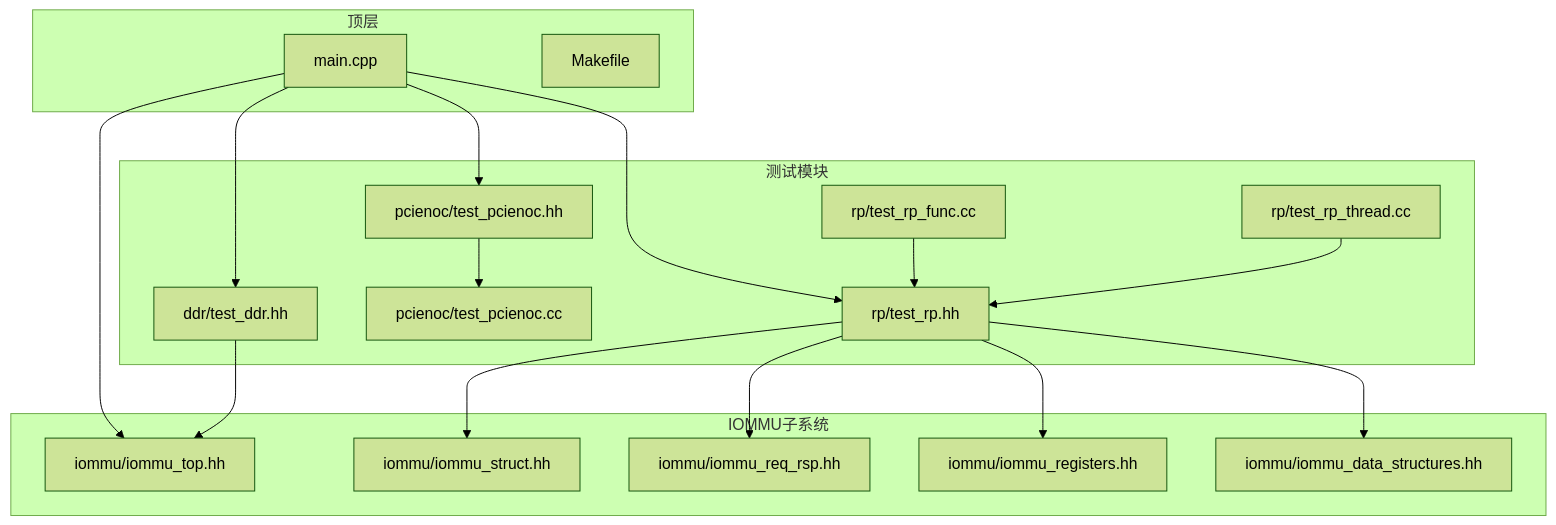
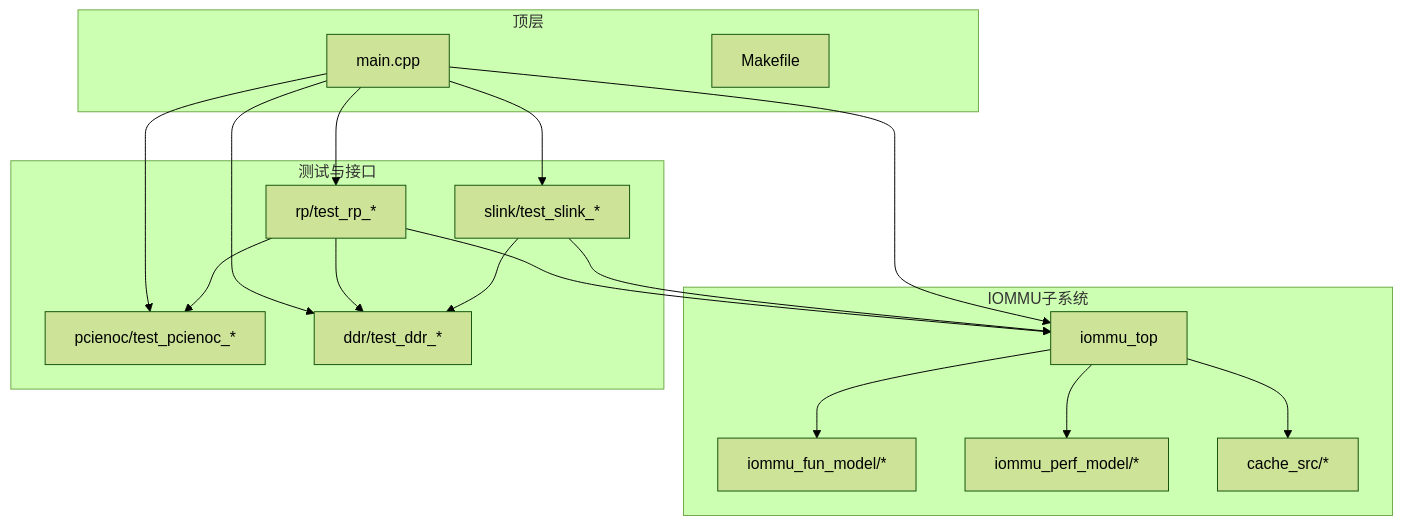
Before and after one commit to jiangjiang1122/iommu_model_20260401_v1: the first of 6 diagrams in .qoder/repowiki/zh/content/测试框架/测试框架.md, drawn with Mermaid (forest theme). The commit also changed other lines of this file and 92 other files, not shown here.

Commit message:
feat: steady-state IOPS measurement + 2000req test validation (125M trans/s peak)

````diff
--- a/.qoder/repowiki/zh/content/测试框架/测试框架.md
+++ b/.qoder/repowiki/zh/content/测试框架/测试框架.md
@@ -49,34 +50,32 @@
 ```mermaid
 graph TB
 subgraph "顶层"
 MAIN["main.cpp"]
 MK["Makefile"]
 end
 subgraph "IOMMU子系统"
-I_TOP["iommu/iommu_top.hh"]
-I_STR["iommu/iommu_struct.hh"]
-I_REQ["iommu/iommu_req_rsp.hh"]
-I_REG["iommu/iommu_registers.hh"]
-I_DAT["iommu/iommu_data_structures.hh"]
+IOMMU_TOP["iommu_top"]
+IOMMU_FUN["iommu_fun_model/*"]
+IOMMU_PERF["iommu_perf_model/*"]
+IOMMU_CACHE["cache_src/*"]
 end
-subgraph "测试模块"
-RP_H["rp/test_rp.hh"]
-RP_FUNC["rp/test_rp_func.cc"]
-RP_TH["rp/test_rp_thread.cc"]
-PCIE_H["pcienoc/test_pcienoc.hh"]
-PCIE_CC["pcienoc/test_pcienoc.cc"]
-DDR_H["ddr/test_ddr.hh"]
+subgraph "测试与接口"
+RP["rp/test_rp_*"]
+PCIE["pcienoc/test_pcienoc_*"]
+DDR["ddr/test_ddr_*"]
+SLINK["slink/test_slink_*"]
 end
-MAIN --> I_TOP
-MAIN --> RP_H
-MAIN --> PCIE_H
-MAIN --> DDR_H
-RP_H --> I_STR
-RP_H --> I_REQ
-RP_H --> I_REG
-RP_H --> I_DAT
-RP_FUNC --> RP_H
-RP_TH --> RP_H
-PCIE_H --> PCIE_CC
-DDR_H --> I_TOP
+MAIN --> IOMMU_TOP
+MAIN --> RP
+MAIN --> PCIE
+MAIN --> DDR
+MAIN --> SLINK
+IOMMU_TOP --> IOMMU_FUN
+IOMMU_TOP --> IOMMU_PERF
+IOMMU_TOP --> IOMMU_CACHE
+RP --> IOMMU_TOP
+RP --> DDR
+RP --> PCIE
+SLINK --> IOMMU_TOP
+SLINK --> DDR
 ```
````
